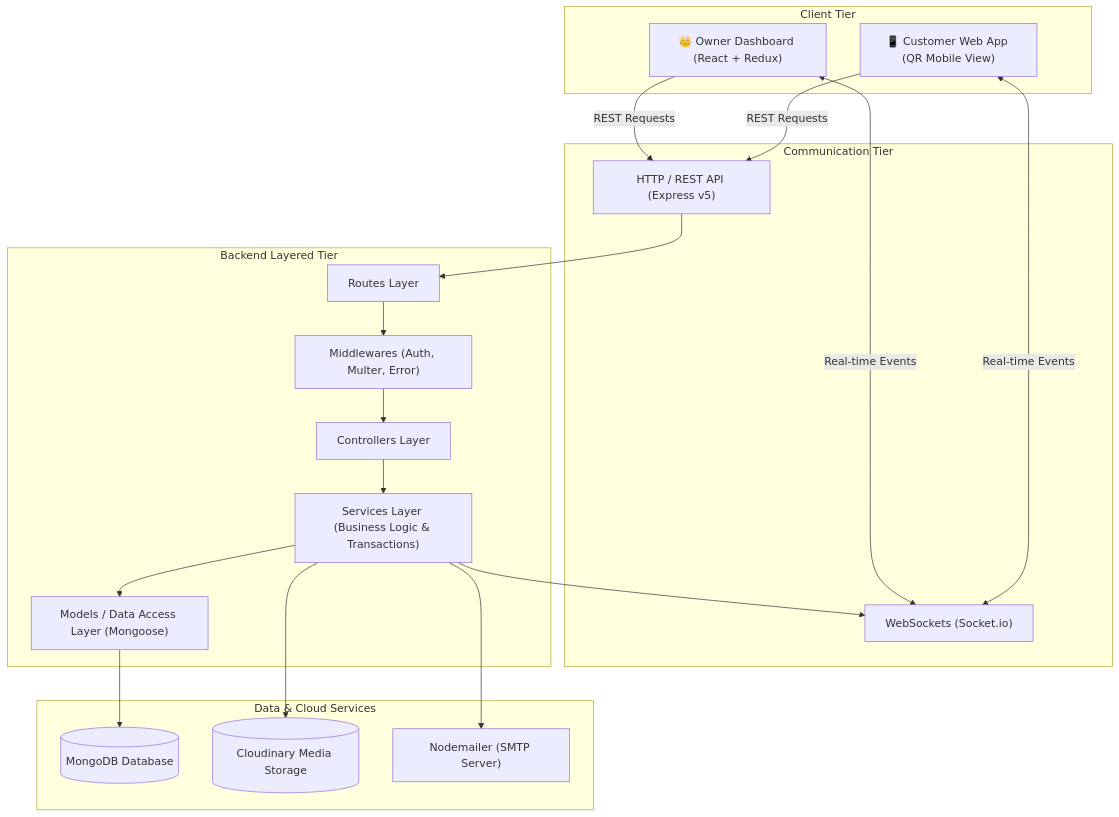
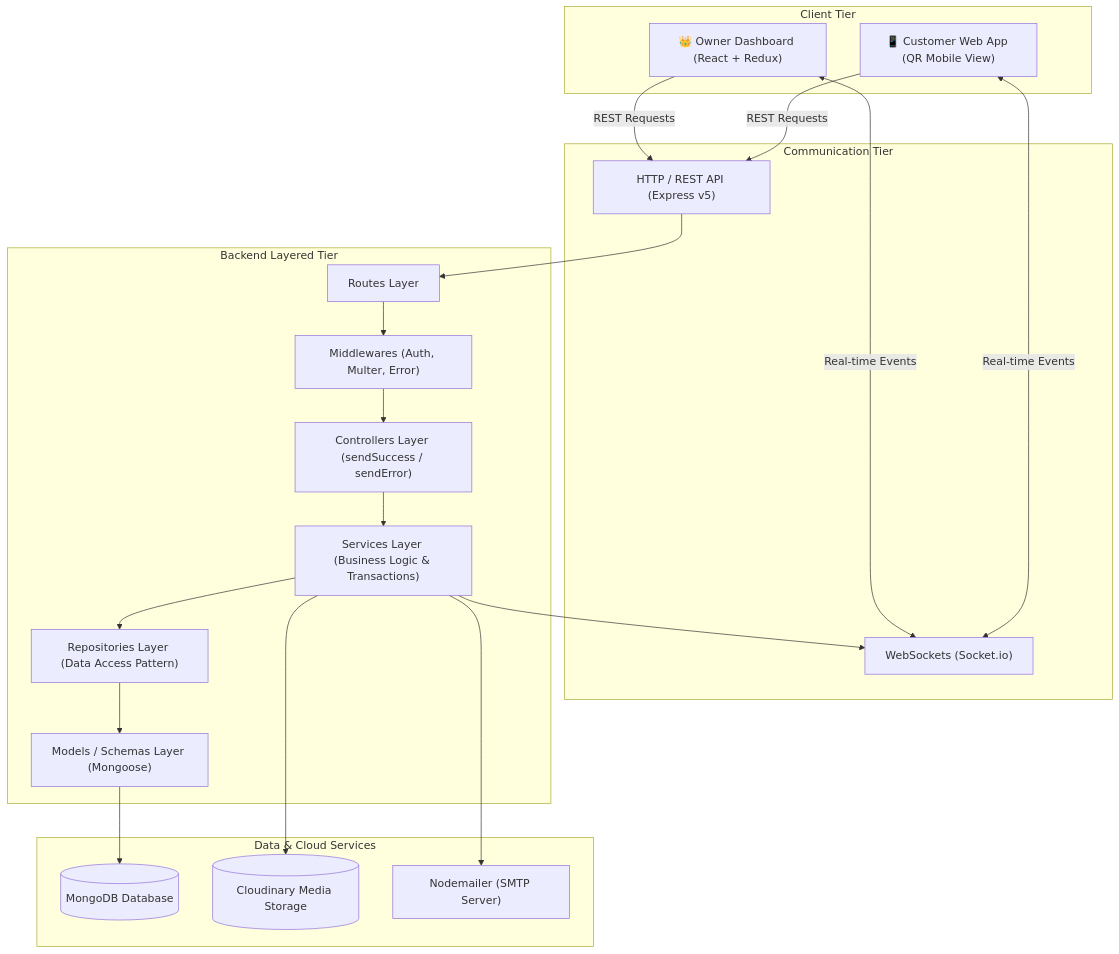
One commit to piyush-0777/DINERY changed the first of 2 diagrams in README.md. Above: the diagram before and after it, drawn with Mermaid. The commit also changed other lines of this file and 35 other files, not shown here.

````diff
--- a/README.md
+++ b/README.md
@@ -102,41 +102,43 @@
 ```mermaid
 graph TD
     subgraph Client Tier
         OwnerApp["👑 Owner Dashboard (React + Redux)"]
         CustomerApp["📱 Customer Web App (QR Mobile View)"]
     end
 
     subgraph Communication Tier
         HTTP["HTTP / REST API (Express v5)"]
         WS["WebSockets (Socket.io)"]
     end
 
     subgraph Backend Layered Tier
         Routes["Routes Layer"]
         Middlewares["Middlewares (Auth, Multer, Error)"]
-        Controllers["Controllers Layer"]
+        Controllers["Controllers Layer (sendSuccess / sendError)"]
         Services["Services Layer (Business Logic & Transactions)"]
-        Models["Models / Data Access Layer (Mongoose)"]
+        Repositories["Repositories Layer (Data Access Pattern)"]
+        Models["Models / Schemas Layer (Mongoose)"]
     end
 
     subgraph Data & Cloud Services
         MongoDB[("MongoDB Database")]
         Cloudinary[("Cloudinary Media Storage")]
         EmailService["Nodemailer (SMTP Server)"]
     end
 
     OwnerApp -->|REST Requests| HTTP
     OwnerApp <-->|Real-time Events| WS
     CustomerApp -->|REST Requests| HTTP
     CustomerApp <-->|Real-time Events| WS
 
     HTTP --> Routes
     Routes --> Middlewares
     Middlewares --> Controllers
     Controllers --> Services
-    Services --> Models
+    Services --> Repositories
+    Repositories --> Models
     Models --> MongoDB
     Services --> Cloudinary
     Services --> EmailService
     Services --> WS
 ```
````
